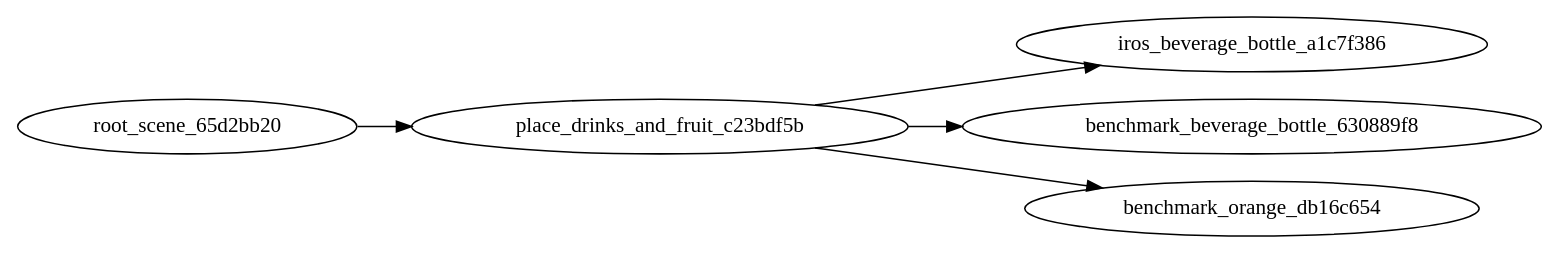
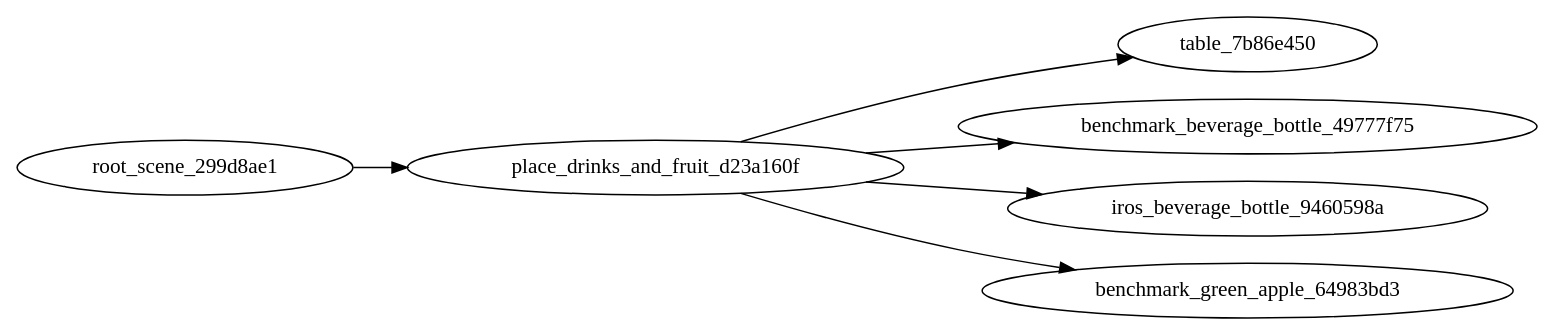
Before and after one commit to bodongiee/genie_sim_workplace: the diagram in source/geniesim/benchmark/config/llm_task/straighten_object/3/graph.dot, drawn with Graphviz. The commit also changed 568 other files, not shown here.

```diff
--- a/source/geniesim/benchmark/config/llm_task/straighten_object/3/graph.dot
+++ b/source/geniesim/benchmark/config/llm_task/straighten_object/3/graph.dot
@@ -1,10 +1,12 @@
 strict digraph "" {
 	graph [rankdir=LR];
-	root_scene_65d2bb20 -> place_drinks_and_fruit_c23bdf5b;
-	iros_beverage_bottle_a1c7f386	[tags="['sprite', 'beverage', 'bottle', 'drink', 'left']"];
-	place_drinks_and_fruit_c23bdf5b -> iros_beverage_bottle_a1c7f386;
-	benchmark_beverage_bottle_630889f8	[tags="['coke cola', 'beverage', 'bottle', 'drink', 'left']"];
-	place_drinks_and_fruit_c23bdf5b -> benchmark_beverage_bottle_630889f8;
-	benchmark_orange_db16c654	[tags="['orange', 'fruit', 'healthy', 'snack', 'left']"];
-	place_drinks_and_fruit_c23bdf5b -> benchmark_orange_db16c654;
+	root_scene_299d8ae1 -> place_drinks_and_fruit_d23a160f;
+	table_7b86e450	[tags="['minimalist_table', 'white', 'furniture', 'center']"];
+	place_drinks_and_fruit_d23a160f -> table_7b86e450;
+	benchmark_beverage_bottle_49777f75	[tags="['coke cola', 'beverage', 'bottle', 'drink', 'right']"];
+	place_drinks_and_fruit_d23a160f -> benchmark_beverage_bottle_49777f75;
+	iros_beverage_bottle_9460598a	[tags="['sprite', 'beverage', 'bottle', 'drink', 'left']"];
+	place_drinks_and_fruit_d23a160f -> iros_beverage_bottle_9460598a;
+	benchmark_green_apple_64983bd3	[tags="['green apple', 'fruit', 'healthy', 'snack', 'right']"];
+	place_drinks_and_fruit_d23a160f -> benchmark_green_apple_64983bd3;
 }
```
